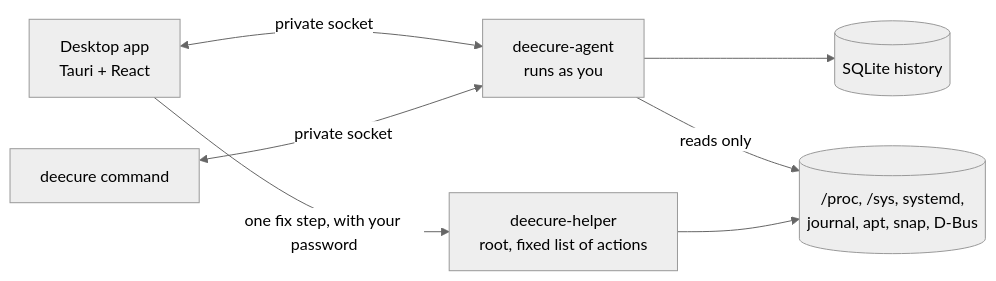
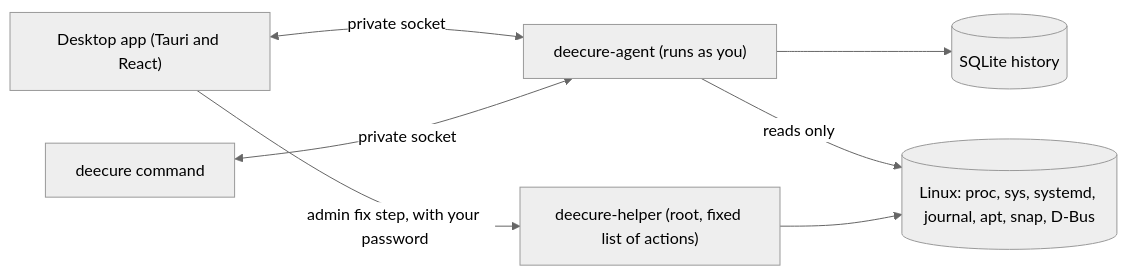
Before and after one commit to krisskad0/DeeCure: the diagram in README.md, drawn with Mermaid (neutral theme). The commit also changed other lines of this file and 121 other files, not shown here.

First line of the commit message:
Use plain punctuation instead of long dashes, and fix the README diagram

````diff
--- a/README.md
+++ b/README.md
@@ -43,9 +43,15 @@
 ```mermaid
 flowchart LR
-  App[Desktop app<br/>Tauri + React] <-- private socket --> Agent
-  CLI[deecure command] <-- private socket --> Agent
-  Agent[deecure-agent<br/>runs as you] --> DB[(SQLite history)]
-  Agent -- reads only --> Linux[(/proc, /sys, systemd,<br/>journal, apt, snap, D-Bus)]
-  App -- one fix step, with your password --> Helper[deecure-helper<br/>root, fixed list of actions]
+  App["Desktop app (Tauri and React)"]
+  CLI["deecure command"]
+  Agent["deecure-agent (runs as you)"]
+  DB[("SQLite history")]
+  Linux[("Linux: proc, sys, systemd, journal, apt, snap, D-Bus")]
+  Helper["deecure-helper (root, fixed list of actions)"]
+  App <-->|private socket| Agent
+  CLI <-->|private socket| Agent
+  Agent --> DB
+  Agent -->|reads only| Linux
+  App -->|admin fix step, with your password| Helper
   Helper --> Linux
 ```
````
